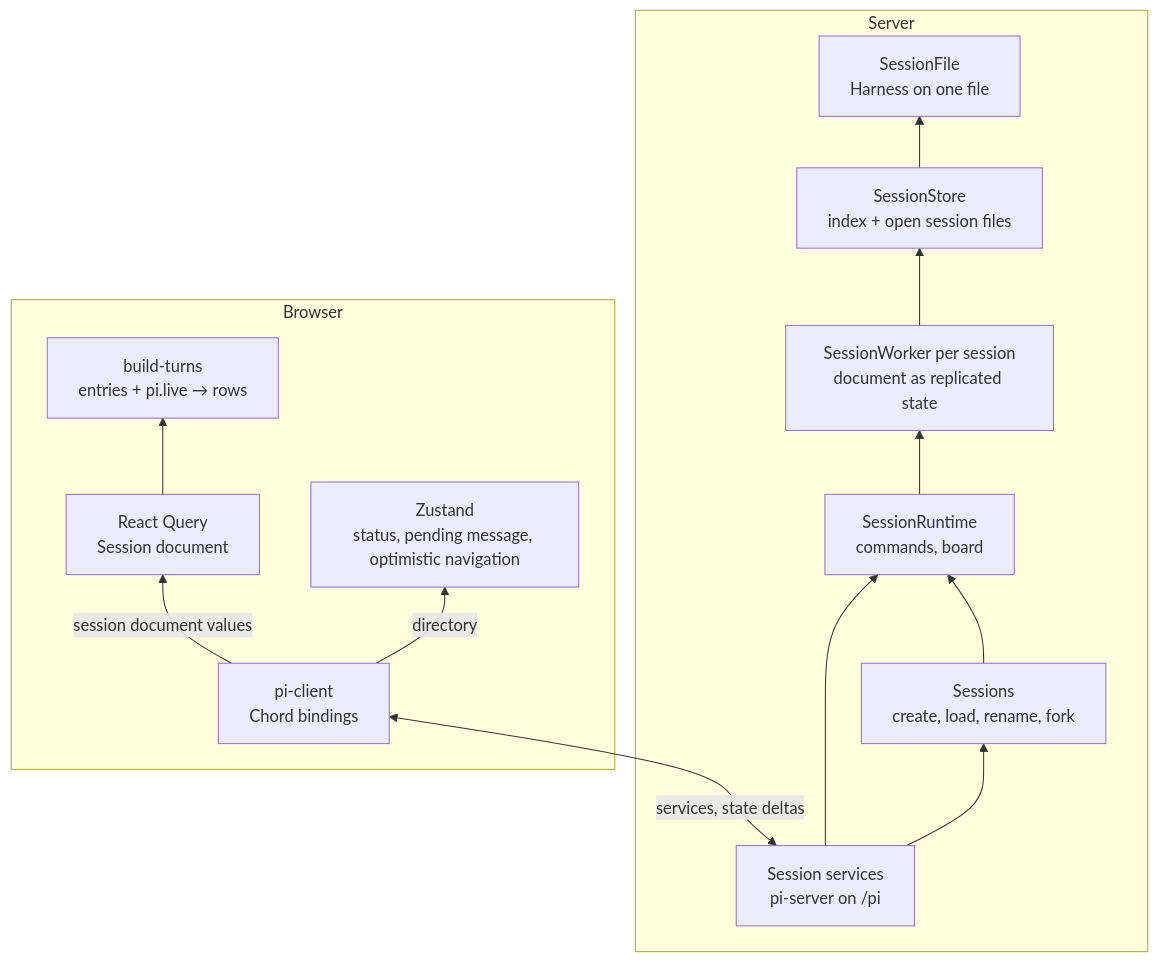
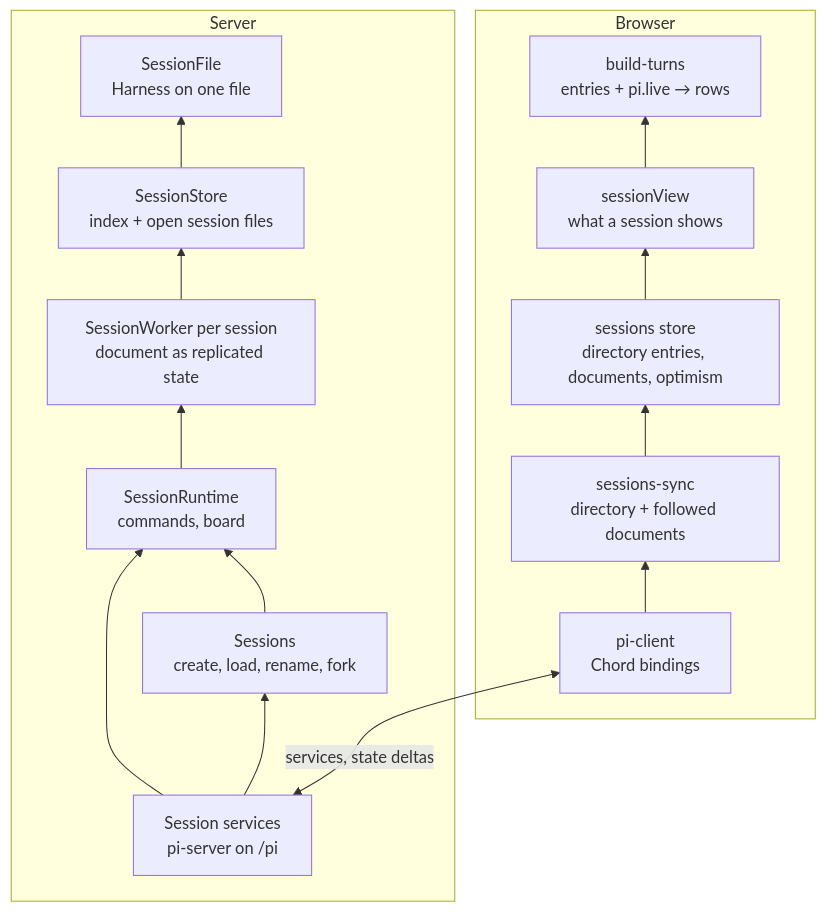
Before and after one commit to mattiacerutti/supernova: the diagram in docs/internal/session-runtime.md, drawn with Mermaid. The commit also changed other lines of this file and 73 other files, not shown here.

````diff
--- a/docs/internal/session-runtime.md
+++ b/docs/internal/session-runtime.md
@@ -38,30 +38,32 @@
 ```mermaid
 flowchart BT
     subgraph server[Server]
         edge["Session services<br/>pi-server on /pi"]
         sessions["Sessions<br/>create, load, rename, fork"]
         runtimeService["SessionRuntime<br/>commands, board"]
         worker["SessionWorker per session<br/>document as replicated state"]
         store["SessionStore<br/>index + open session files"]
         file["SessionFile<br/>Harness on one file"]
 
         edge --> sessions
         edge --> runtimeService
         sessions --> runtimeService
         runtimeService --> worker
         worker --> store
         store --> file
     end
 
     subgraph browser[Browser]
         client["pi-client<br/>Chord bindings"]
-        query["React Query<br/>Session document"]
-        liveStore["Zustand<br/>status, pending message, optimistic navigation"]
+        sync["sessions-sync<br/>directory + followed documents"]
+        sessionsStore["sessions store<br/>directory entries, documents, optimism"]
+        view["sessionView<br/>what a session shows"]
         timeline["build-turns<br/>entries + pi.live → rows"]
     end
 
     edge <-->|services, state deltas| client
-    client -->|session document values| query
-    client -->|directory| liveStore
-    query --> timeline
+    client --> sync
+    sync --> sessionsStore
+    sessionsStore --> view
+    view --> timeline
 ```
````
